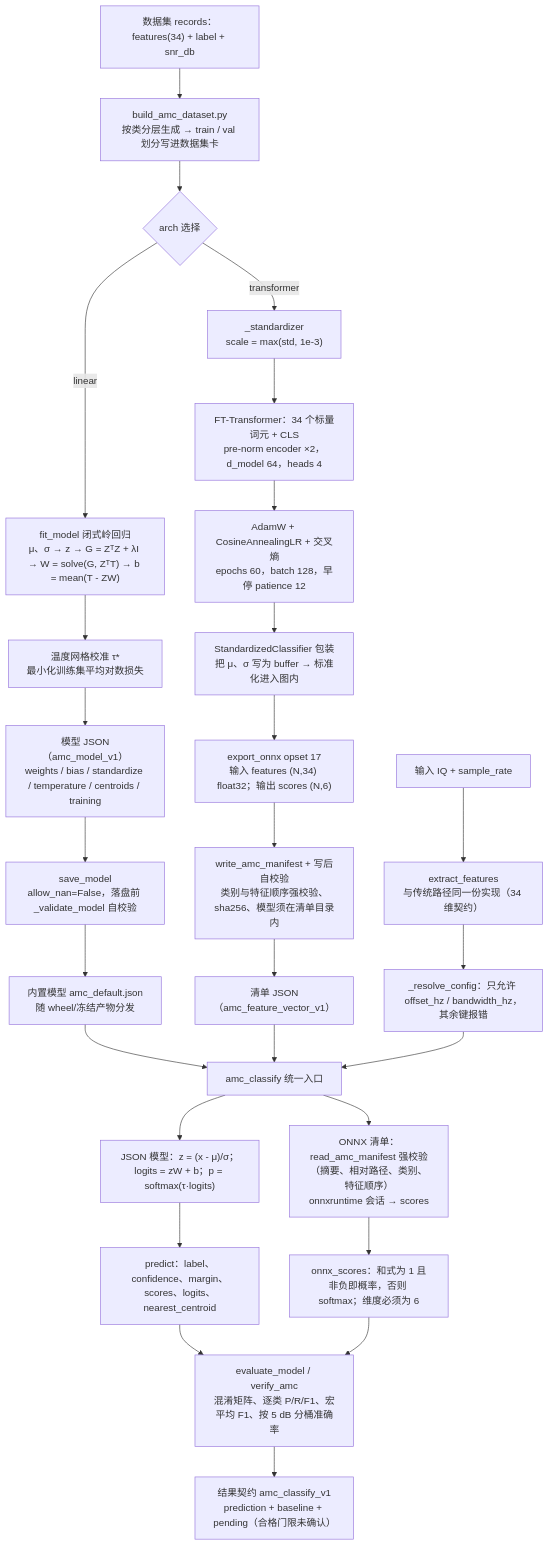
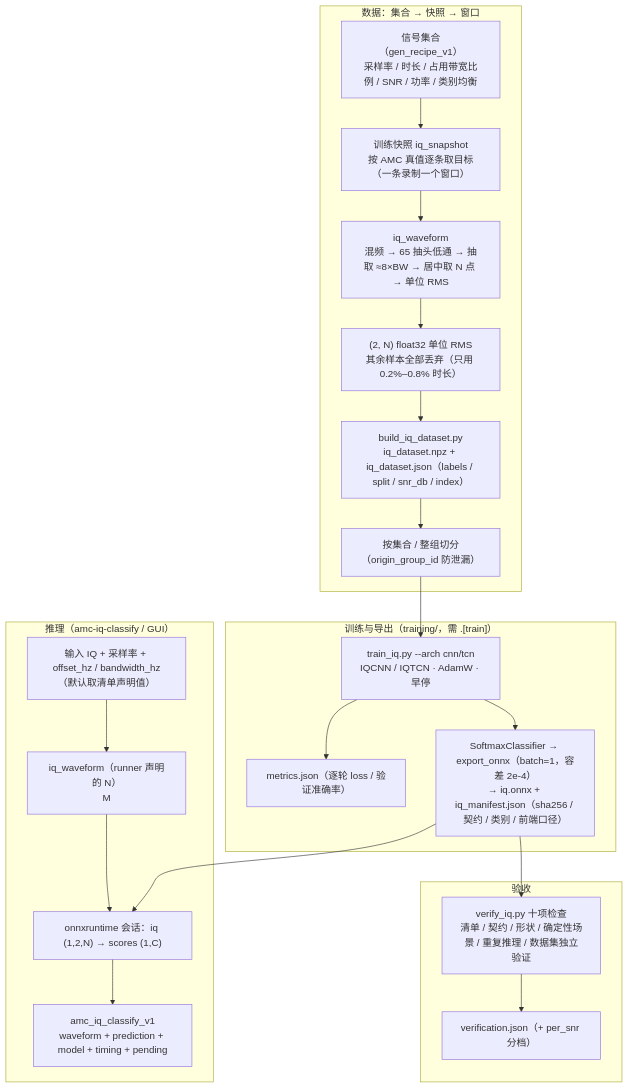
Before and after one commit to darkking1112/SimuSingal: the first of 4 diagrams in docs/电磁信号分析和识别/algorithms/调制识别_AI特征学习.md, drawn with Mermaid. The commit also changed other lines of this file and 8 other files, not shown here.

````diff
--- a/docs/电磁信号分析和识别/algorithms/调制识别_AI特征学习.md
+++ b/docs/电磁信号分析和识别/algorithms/调制识别_AI特征学习.md
@@ -224,29 +191,25 @@
 ```mermaid
 flowchart TD
-    A["数据集 records：features(34) + label + snr_db"] --> B["build_amc_dataset.py<br/>按类分层生成 → train / val 划分写进数据集卡"]
-    B --> C{"arch 选择"}
-    C -- linear --> D["fit_model 闭式岭回归<br/>μ、σ → z → G = ZᵀZ + λI → W = solve(G, ZᵀT) → b = mean(T - ZW)"]
-    D --> E["温度网格校准 τ*<br/>最小化训练集平均对数损失"]
-    E --> F["模型 JSON（amc_model_v1）<br/>weights / bias / standardize / temperature / centroids / training"]
-    F --> G["save_model<br/>allow_nan=False，落盘前 _validate_model 自校验"]
-    G --> H["内置模型 amc_default.json<br/>随 wheel/冻结产物分发"]
-    C -- transformer --> I["_standardizer<br/>scale = max(std, 1e-3)"]
-    I --> J["FT-Transformer：34 个标量词元 + CLS<br/>pre-norm encoder ×2，d_model 64，heads 4"]
-    J --> K["AdamW + CosineAnnealingLR + 交叉熵<br/>epochs 60，batch 128，早停 patience 12"]
-    K --> L["StandardizedClassifier 包装<br/>把 μ、σ 写为 buffer → 标准化进入图内"]
-    L --> M["export_onnx opset 17<br/>输入 features (N,34) float32；输出 scores (N,6)"]
-    M --> N["write_amc_manifest + 写后自校验<br/>类别与特征顺序强校验、sha256、模型须在清单目录内"]
-    N --> O["清单 JSON（amc_feature_vector_v1）"]
-    H --> P["amc_classify 统一入口"]
-    O --> P
-    Q["输入 IQ + sample_rate"] --> R["extract_features<br/>与传统路径同一份实现（34 维契约）"]
-    R --> P2["_resolve_config：只允许 offset_hz / bandwidth_hz，其余键报错"]
-    P2 --> P
-    P --> S["JSON 模型：z = (x - μ)/σ；logits = zW + b；p = softmax(τ·logits)"]
-    P --> T["ONNX 清单：read_amc_manifest 强校验（摘要、相对路径、类别、特征顺序）<br/>onnxruntime 会话 → scores"]
-    S --> U["predict：label、confidence、margin、scores、logits、nearest_centroid"]
-    T --> V["onnx_scores：和式为 1 且非负即概率，否则 softmax；维度必须为 6"]
-    U --> W["evaluate_model / verify_amc<br/>混淆矩阵、逐类 P/R/F1、宏平均 F1、按 5 dB 分桶准确率"]
-    V --> W
-    W --> X["结果契约 amc_classify_v1<br/>prediction + baseline + pending（合格门限未确认）"]
+    subgraph DATA["数据：集合 → 快照 → 窗口"]
+        A1["信号集合（gen_recipe_v1）<br/>采样率 / 时长 / 占用带宽比例 / SNR / 功率 / 类别均衡"] --> A2["训练快照 iq_snapshot<br/>按 AMC 真值逐条取目标（一条录制一个窗口）"]
+        A2 --> A3["iq_waveform<br/>混频 → 65 抽头低通 → 抽取 ≈8×BW → 居中取 N 点 → 单位 RMS"]
+        A3 --> A4["(2, N) float32 单位 RMS<br/>其余样本全部丢弃（只用 0.2%–0.8% 时长）"]
+        A4 --> A5["build_iq_dataset.py<br/>iq_dataset.npz + iq_dataset.json（labels / split / snr_db / index）"]
+        A5 --> A6["按集合 / 整组切分（origin_group_id 防泄漏）"]
+    end
+    subgraph TRAINIQ["训练与导出（training/，需 .[train]）"]
+        B1["train_iq.py --arch cnn/tcn<br/>IQCNN / IQTCN · AdamW · 早停"] --> B2["metrics.json（逐轮 loss / 验证准确率）"]
+        B1 --> B3["SoftmaxClassifier → export_onnx（batch=1，容差 2e-4）<br/>→ iq.onnx + iq_manifest.json（sha256 / 契约 / 类别 / 前端口径）"]
+    end
+    subgraph VERIFY["验收"]
+        C1["verify_iq.py 十项检查<br/>清单 / 契约 / 形状 / 确定性场景 / 重复推理 / 数据集独立验证"] --> C2["verification.json（+ per_snr 分档）"]
+    end
+    subgraph INFER["推理（amc-iq-classify / GUI）"]
+        D1["输入 IQ + 采样率 + offset_hz / bandwidth_hz（默认取清单声明值）"] --> D2["iq_waveform（runner 声明的 N）<br/>M<N 直接报错，不补零"]
+        D2 --> D3["onnxruntime 会话：iq (1,2,N) → scores (1,C)"]
+        D3 --> D4["amc_iq_classify_v1<br/>waveform + prediction + model + timing + pending"]
+    end
+    A6 --> B1
+    B3 --> C1
+    B3 --> D3
 ```
````
